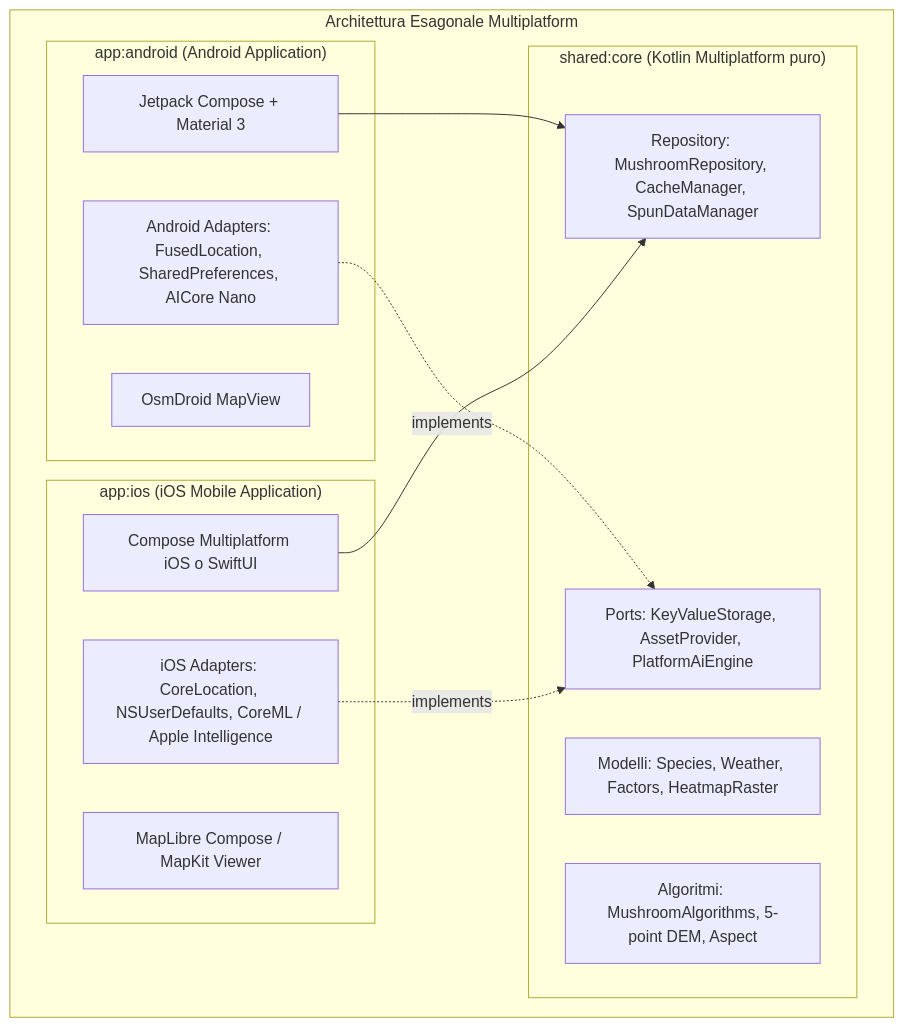
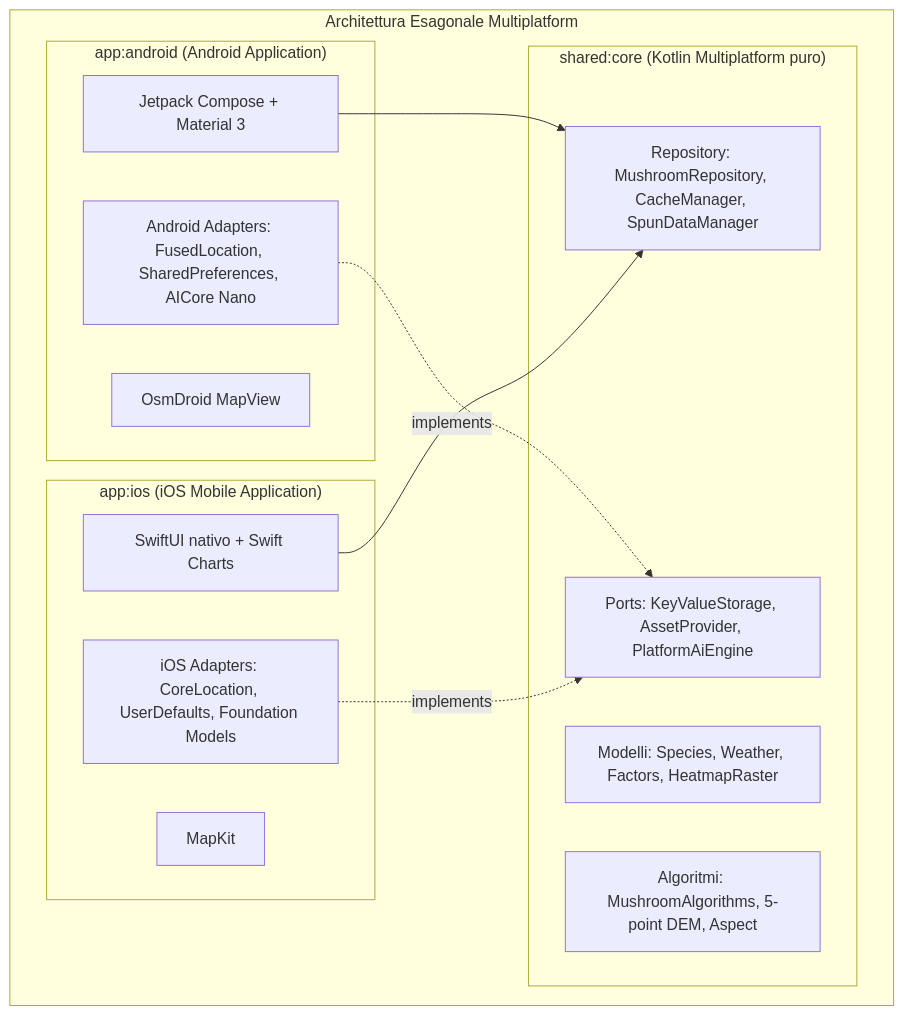
The second of 4 diagrams in docs/FUTURE_DEVELOPMENTS_ANALYSIS.md (naturewhisp/myco), drawn with Mermaid before and after one commit. The commit also changed other lines of this file and 26 other files, not shown here.

Commit message:
feat(ios): add native SwiftUI client and Apple adapters

````diff
--- a/docs/FUTURE_DEVELOPMENTS_ANALYSIS.md
+++ b/docs/FUTURE_DEVELOPMENTS_ANALYSIS.md
@@ -623,28 +623,28 @@
 ```mermaid
 graph TD
     subgraph "Architettura Esagonale Multiplatform"
         subgraph "shared:core (Kotlin Multiplatform puro)"
             M[Modelli: Species, Weather, Factors, HeatmapRaster]
             A[Algoritmi: MushroomAlgorithms, 5-point DEM, Aspect]
             P_PORT[Ports: KeyValueStorage, AssetProvider, PlatformAiEngine]
             R[Repository: MushroomRepository, CacheManager, SpunDataManager]
         end
 
         subgraph "app:android (Android Application)"
             A_UI[Jetpack Compose + Material 3]
             A_MAP[OsmDroid MapView]
             A_ADAPT[Android Adapters: FusedLocation, SharedPreferences, AICore Nano]
         end
 
         subgraph "app:ios (iOS Mobile Application)"
-            I_UI[Compose Multiplatform iOS o SwiftUI]
-            I_MAP[MapLibre Compose / MapKit Viewer]
-            I_ADAPT[iOS Adapters: CoreLocation, NSUserDefaults, CoreML / Apple Intelligence]
+            I_UI[SwiftUI nativo + Swift Charts]
+            I_MAP[MapKit]
+            I_ADAPT[iOS Adapters: CoreLocation, UserDefaults, Foundation Models]
         end
 
         A_UI --> R
         A_ADAPT -.->|implements| P_PORT
         I_UI --> R
         I_ADAPT -.->|implements| P_PORT
     end
 ```
````
